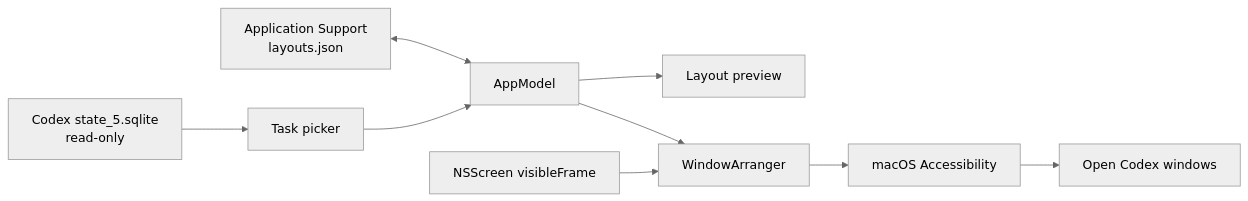
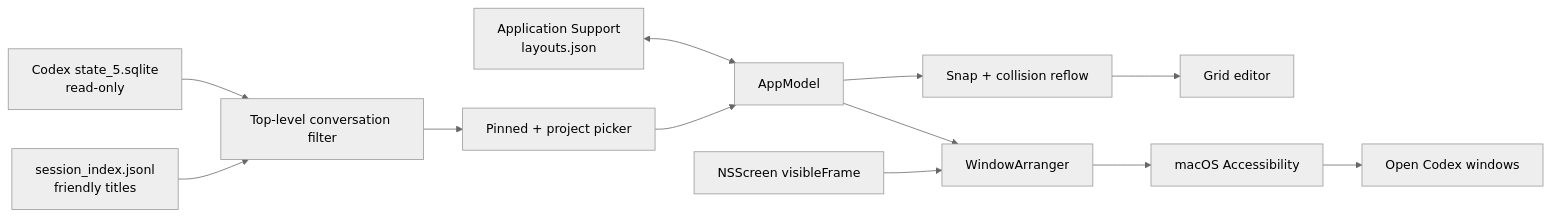
Before and after one commit to RammonZub/codex-layouts: the diagram in docs/ARCHITECTURE.md, drawn with Mermaid (neutral theme). The commit also changed other lines of this file and 19 other files, not shown here.

Commit message:
Add snap-to-grid editor and conversation picker

````diff
--- a/docs/ARCHITECTURE.md
+++ b/docs/ARCHITECTURE.md
@@ -23,11 +24,14 @@
 ```mermaid
 flowchart LR
-    DB["Codex state_5.sqlite<br/>read-only"] --> Picker["Task picker"]
+    DB["Codex state_5.sqlite<br/>read-only"] --> Filter["Top-level conversation filter"]
+    Titles["session_index.jsonl<br/>friendly titles"] --> Filter
+    Filter --> Picker["Pinned + project picker"]
     JSON["Application Support<br/>layouts.json"] <--> Model["AppModel"]
     Picker --> Model
-    Model --> Preview["Layout preview"]
+    Model --> Grid["Snap + collision reflow"]
+    Grid --> Preview["Grid editor"]
     Model --> Arranger["WindowArranger"]
     Screen["NSScreen visibleFrame"] --> Arranger
     Arranger --> AX["macOS Accessibility"]
     AX --> Codex["Open Codex windows"]
 ```
````
